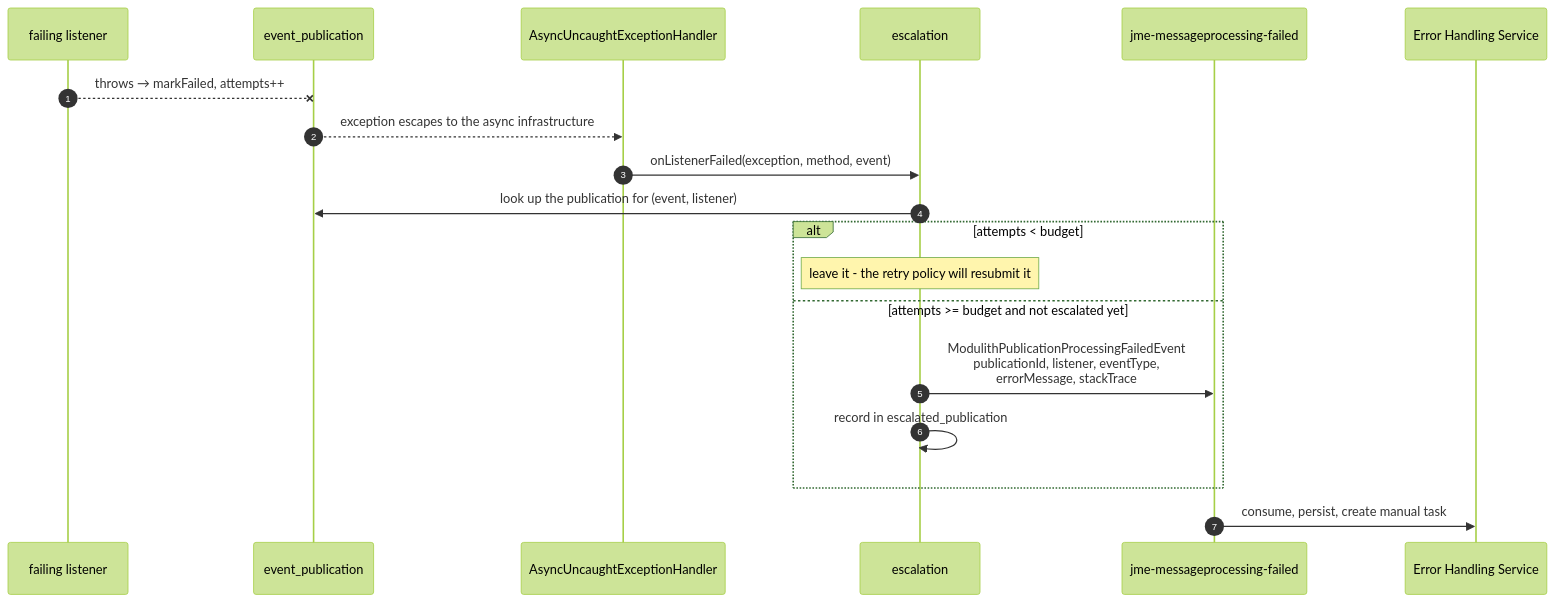
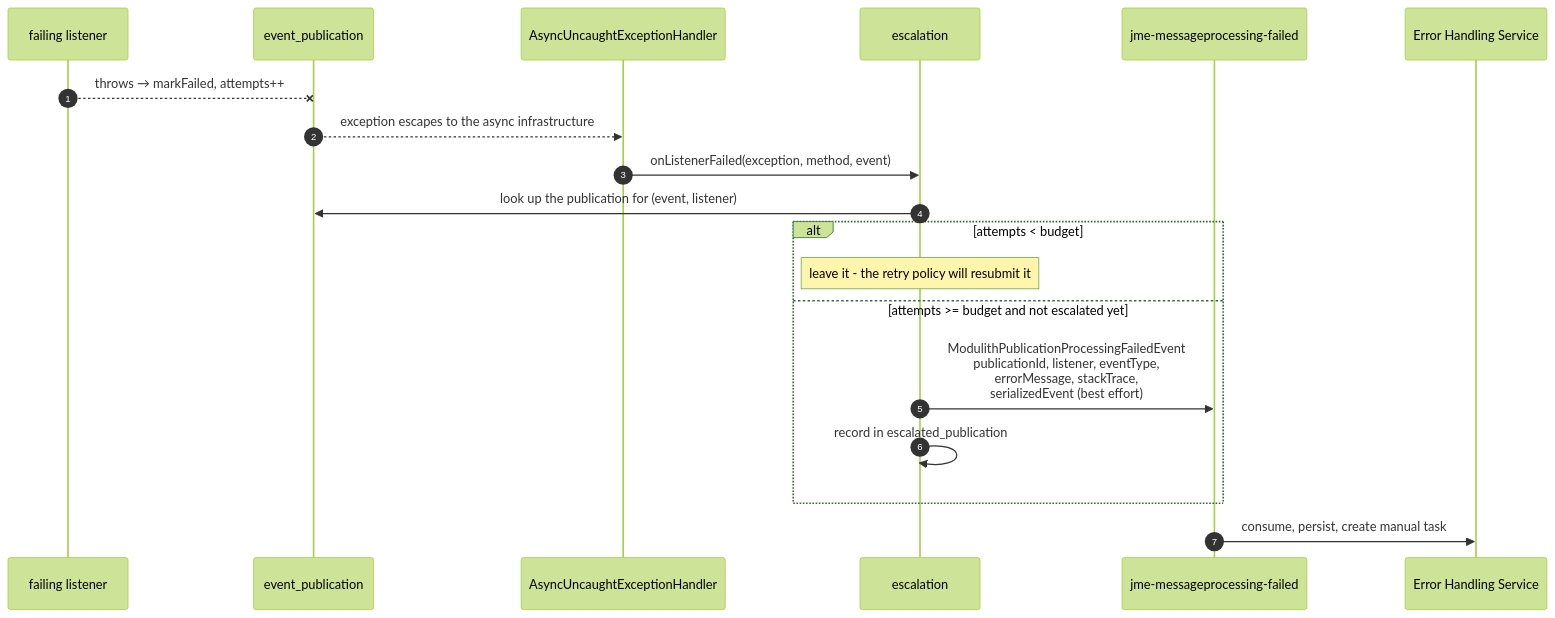
The second of 4 diagrams in docs/async-event-error-handling-design.md (jme-admin-ch/jme-spring-modulith-example), drawn with Mermaid (forest theme) before and after one commit. The commit also changed other lines of this file and 2 other files, not shown here.

First line of the commit message:
Carry the failed event's payload to the error handling service

````diff
--- a/docs/async-event-error-handling-design.md
+++ b/docs/async-event-error-handling-design.md
@@ -345,22 +399,22 @@
 ```mermaid
 sequenceDiagram
     autonumber
     participant SHI as failing listener
     participant REG as event_publication
     participant AH as AsyncUncaughtExceptionHandler
     participant BR as escalation
     participant ET as jme-messageprocessing-failed
     participant EHS as Error Handling Service
 
     SHI--xREG: throws → markFailed, attempts++
     REG-->>AH: exception escapes to the async infrastructure
     AH->>BR: onListenerFailed(exception, method, event)
     BR->>REG: look up the publication for (event, listener)
     alt attempts < budget
         Note over BR: leave it - the retry policy will resubmit it
     else attempts >= budget and not escalated yet
-        BR->>ET: ModulithPublicationProcessingFailedEvent<br/>publicationId, listener, eventType,<br/>errorMessage, stackTrace
+        BR->>ET: ModulithPublicationProcessingFailedEvent<br/>publicationId, listener, eventType,<br/>errorMessage, stackTrace,<br/>serializedEvent (best effort)
         BR->>BR: record in escalated_publication
     end
     ET->>EHS: consume, persist, create manual task
 ```
````
